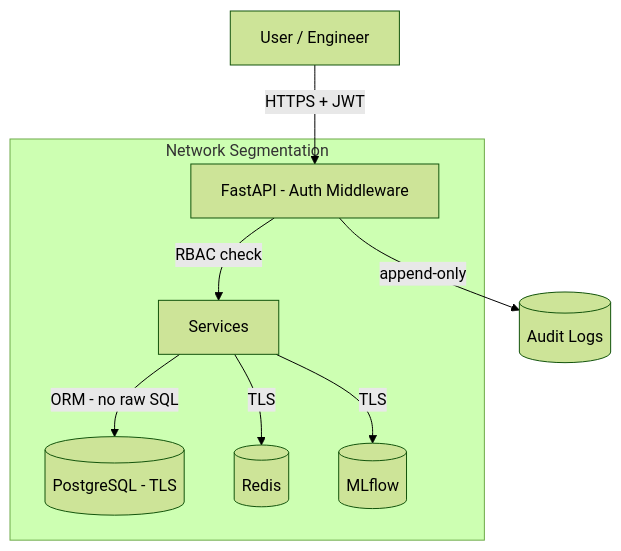
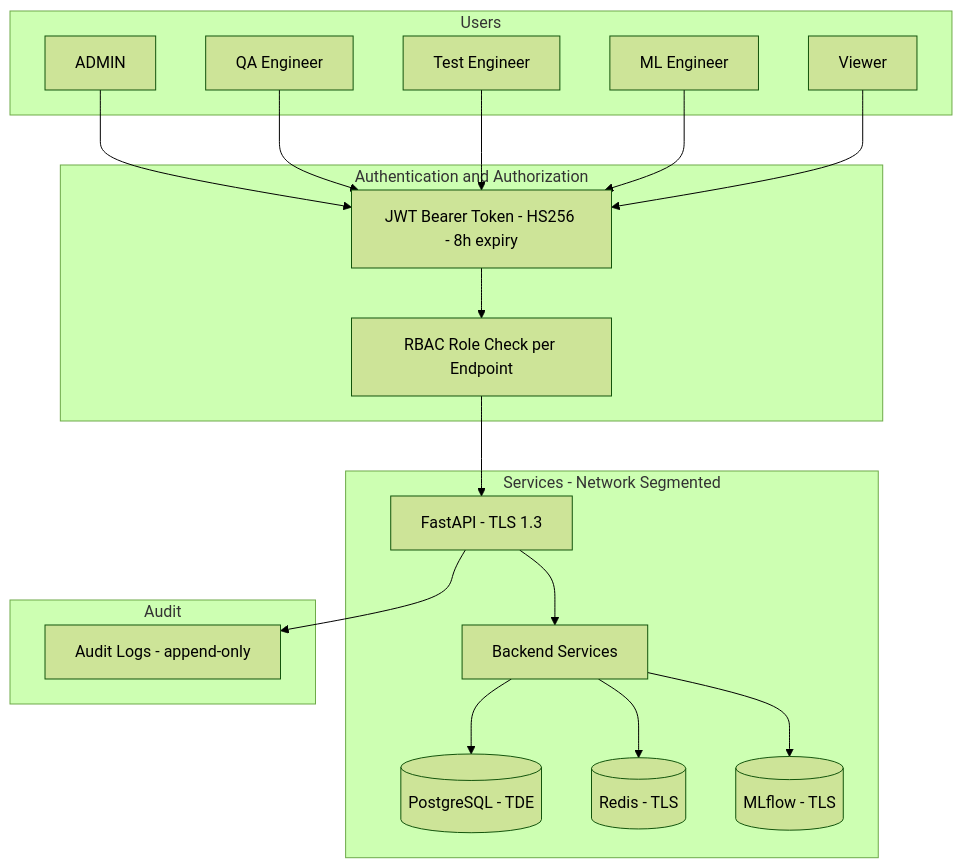
Diagram 17 of 20 in DOCUMENTATION.md (ankushkumar14092-dot/sih_170), drawn with Mermaid (forest theme) before and after one commit. The commit also changed other lines of this file, not shown here.

Commit message:
Add 20 Mermaid architecture diagrams to DOCUMENTATION.md

````diff
--- a/DOCUMENTATION.md
+++ b/DOCUMENTATION.md
@@ -2090,16 +2377,28 @@
 ```mermaid
 graph TD
-    USER[User / Engineer] --> |HTTPS + JWT| API[FastAPI - Auth Middleware]
-    API --> |RBAC check| SVC[Services]
-    SVC --> |ORM - no raw SQL| DB[(PostgreSQL - TLS)]
-    SVC --> |TLS| RD[(Redis)]
-    SVC --> |TLS| ML[(MLflow)]
-    API --> |append-only| AUD[(Audit Logs)]
-    subgraph Network Segmentation
-        API
-        SVC
-        DB
-        RD
-        ML
+    subgraph USERS[Users]
+        ADMIN[ADMIN]
+        QA[QA Engineer]
+        TEST[Test Engineer]
+        MLE[ML Engineer]
+        VIEW[Viewer]
     end
+    subgraph AUTH[Authentication and Authorization]
+        JWT[JWT Bearer Token - HS256 - 8h expiry]
+        RBAC[RBAC Role Check per Endpoint]
+    end
+    subgraph SERVICES[Services - Network Segmented]
+        API[FastAPI - TLS 1.3]
+        SVC[Backend Services]
+        DB[(PostgreSQL - TDE)]
+        RD[(Redis - TLS)]
+        ML[(MLflow - TLS)]
+    end
+    subgraph AUDIT[Audit]
+        AUD[Audit Logs - append-only]
+    end
+    ADMIN & QA & TEST & MLE & VIEW --> JWT --> RBAC
+    RBAC --> API --> SVC
+    SVC --> DB & RD & ML
+    API --> AUD
 ```
````
